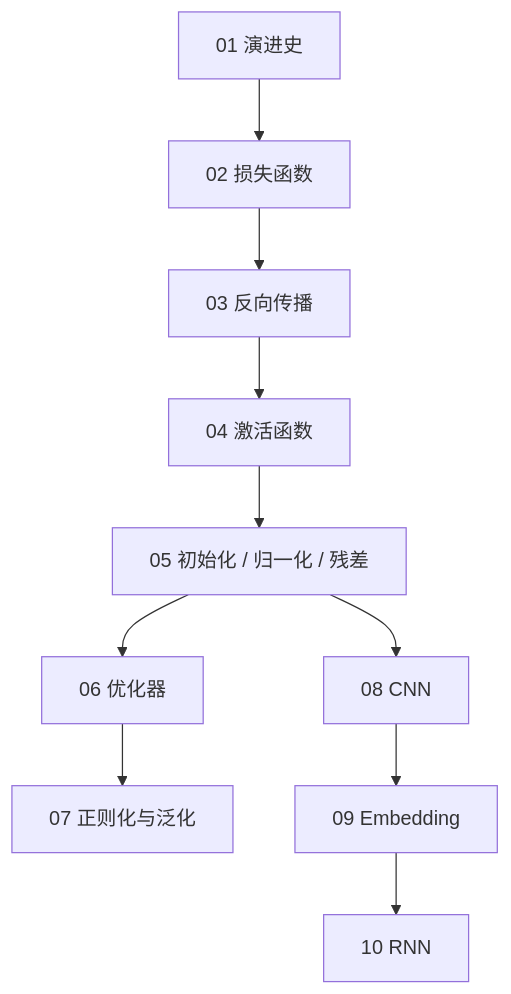
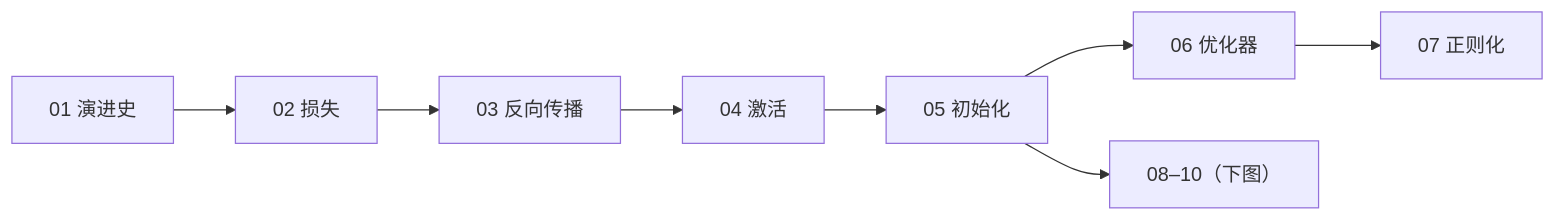
The first of 2 diagrams in slides/2026-03-29-deep-learning-foundations.md (arganzheng/arganzheng.github.com), drawn with Mermaid before and after one commit. The commit also changed other lines of this file, not shown here.

````diff
--- a/slides/2026-03-29-deep-learning-foundations.md
+++ b/slides/2026-03-29-deep-learning-foundations.md
@@ -42,8 +42,6 @@
 ```mermaid
 %%{init: {"flowchart": {"wrappingWidth": 190}}}%%
-flowchart TB
-    A["01 演进史"] --> B["02 损失函数"] --> C["03 反向传播"]
-    C --> D["04 激活函数"] --> E["05 初始化 / 归一化 / 残差"] --> F["06 优化器"]
-    F --> G["07 正则化与泛化"]
-    E --> H["08 CNN"] --> I["09 Embedding"] --> J["10 RNN"]
+flowchart LR
+    A["01 演进史"] --> B["02 损失"] --> C["03 反向传播"] --> D["04 激活"] --> E["05 初始化"] --> F["06 优化器"] --> G["07 正则化"]
+    E --> H["08–10（下图）"]
 ```
````
